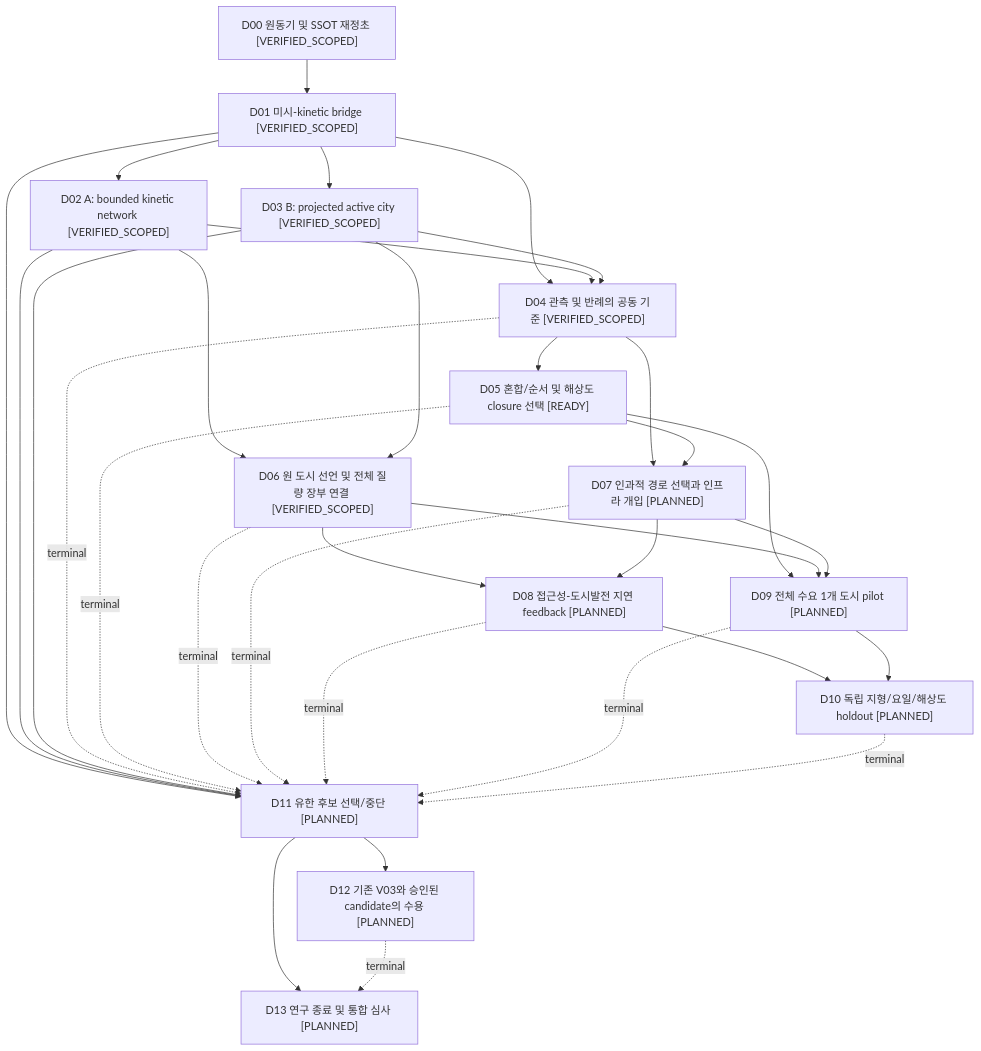
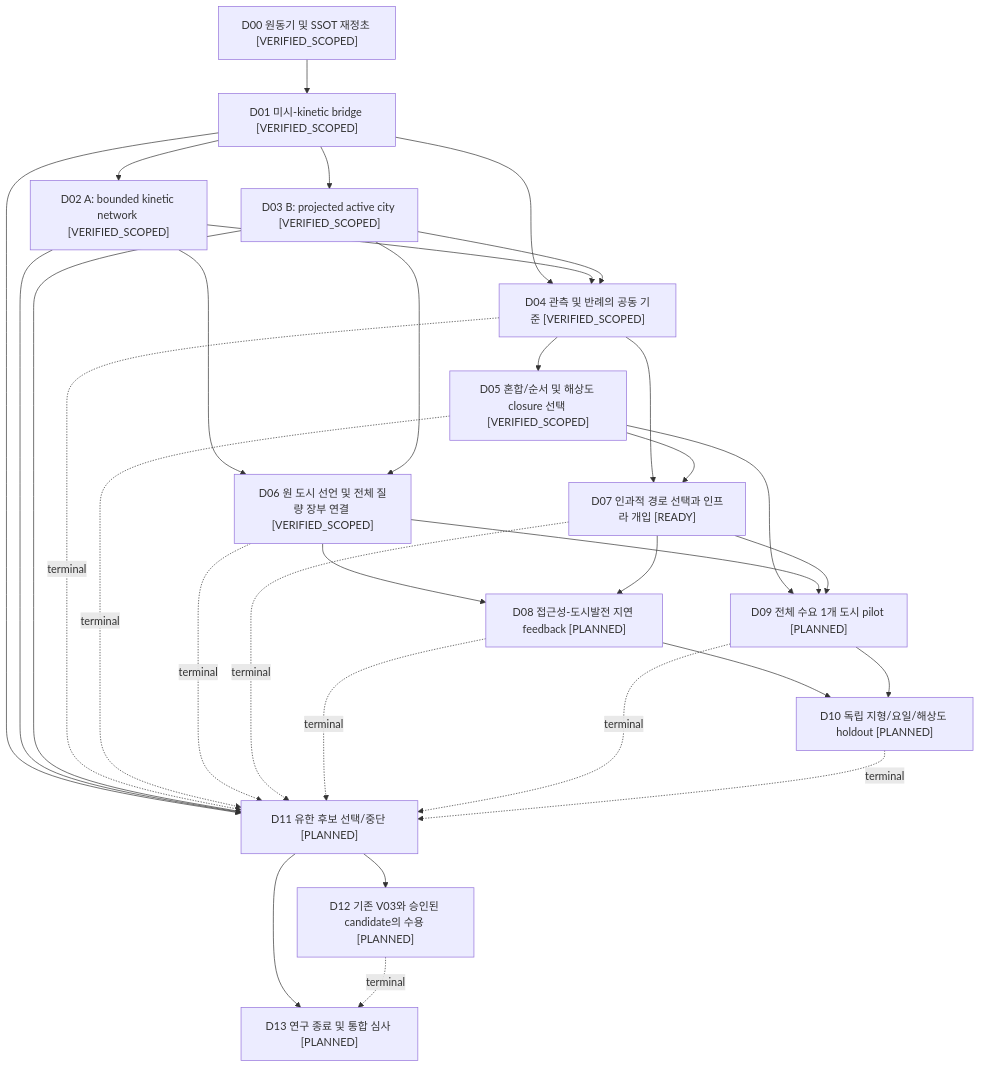
The diagram in docs/akm/DAG.mmd (cosmosapjw-quantum/urban_traffic_demo), drawn with Mermaid before and after one commit. The commit also changed 10 other files, not shown here.

Commit message:
S10 Close D05 final scoped selection and preserve Rust Python architecture and V1 gate

```diff
--- a/docs/akm/DAG.mmd
+++ b/docs/akm/DAG.mmd
@@ -1,46 +1,46 @@
 flowchart TD
   D00["D00 원동기 및 SSOT 재정초 [VERIFIED_SCOPED]"]
   D01["D01 미시-kinetic bridge [VERIFIED_SCOPED]"]
   D00 --> D01
   D02["D02 A: bounded kinetic network [VERIFIED_SCOPED]"]
   D01 --> D02
   D03["D03 B: projected active city [VERIFIED_SCOPED]"]
   D01 --> D03
   D04["D04 관측 및 반례의 공동 기준 [VERIFIED_SCOPED]"]
   D01 --> D04
   D02 --> D04
   D03 --> D04
-  D05["D05 혼합/순서 및 해상도 closure 선택 [READY]"]
+  D05["D05 혼합/순서 및 해상도 closure 선택 [VERIFIED_SCOPED]"]
   D04 --> D05
   D06["D06 원 도시 선언 및 전체 질량 장부 연결 [VERIFIED_SCOPED]"]
   D02 --> D06
   D03 --> D06
-  D07["D07 인과적 경로 선택과 인프라 개입 [PLANNED]"]
+  D07["D07 인과적 경로 선택과 인프라 개입 [READY]"]
   D04 --> D07
   D05 --> D07
   D08["D08 접근성-도시발전 지연 feedback [PLANNED]"]
   D06 --> D08
   D07 --> D08
   D09["D09 전체 수요 1개 도시 pilot [PLANNED]"]
   D05 --> D09
   D06 --> D09
   D07 --> D09
   D10["D10 독립 지형/요일/해상도 holdout [PLANNED]"]
   D08 --> D10
   D09 --> D10
   D11["D11 유한 후보 선택/중단 [PLANNED]"]
   D01 --> D11
   D02 --> D11
   D03 --> D11
   D04 -. terminal .-> D11
   D05 -. terminal .-> D11
   D06 -. terminal .-> D11
   D07 -. terminal .-> D11
   D08 -. terminal .-> D11
   D09 -. terminal .-> D11
   D10 -. terminal .-> D11
   D12["D12 기존 V03와 승인된 candidate의 수용 [PLANNED]"]
   D11 --> D12
   D13["D13 연구 종료 및 통합 심사 [PLANNED]"]
   D11 --> D13
   D12 -. terminal .-> D13
```
